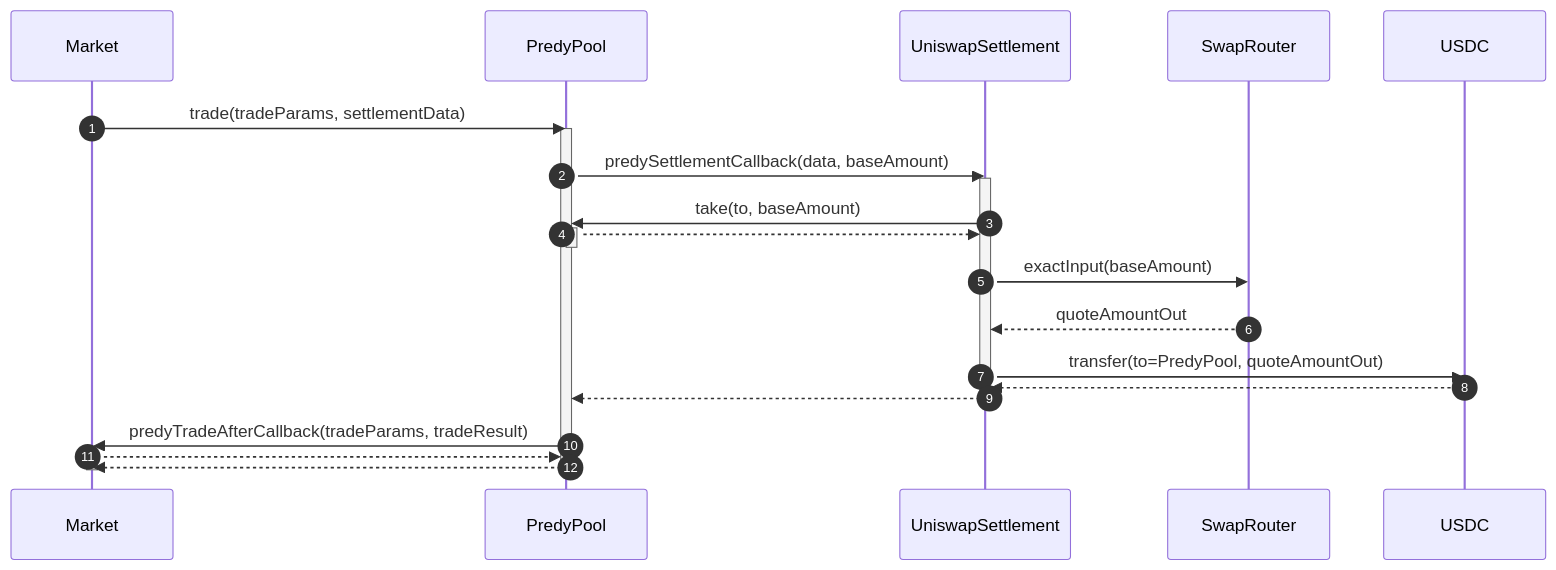
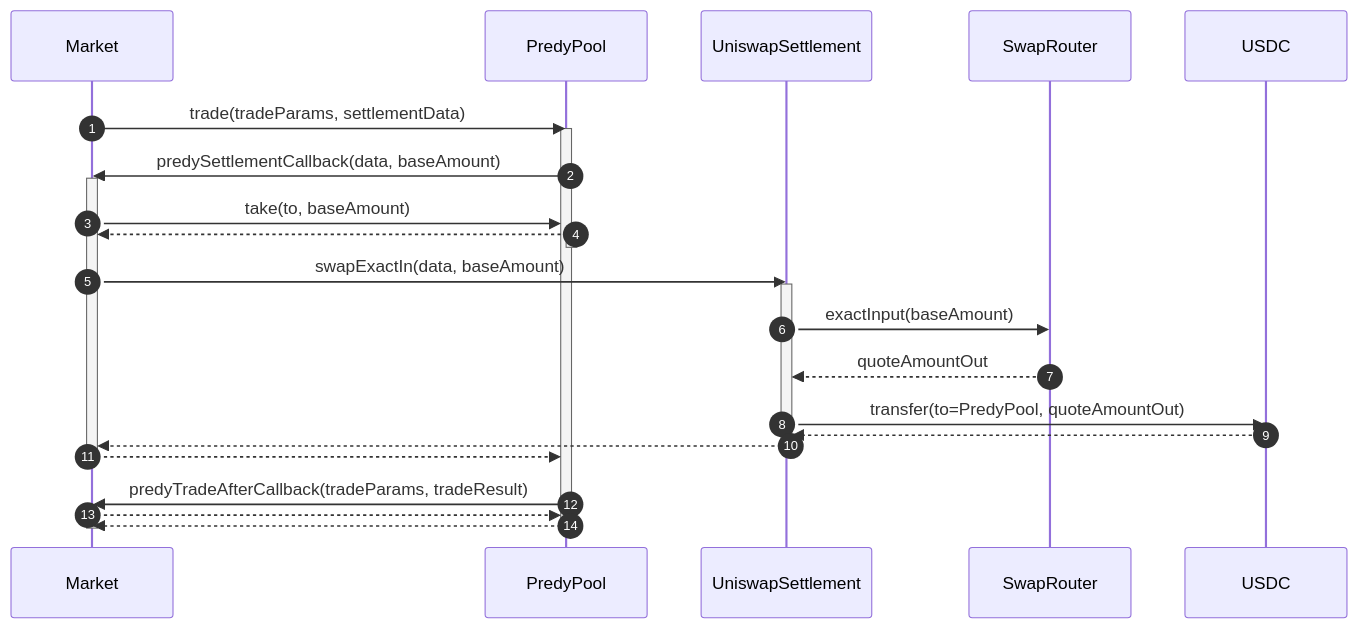
One commit to predyprotocol/predyx changed the first of 3 diagrams in README.md. Above: the diagram before and after it, drawn with Mermaid. The commit also changed other lines of this file and 65 other files, not shown here.

````diff
--- a/README.md
+++ b/README.md
@@ -33,24 +33,28 @@
 ```mermaid
 sequenceDiagram
 autonumber
   Market->>PredyPool: trade(tradeParams, settlementData)
   activate PredyPool
-  PredyPool->>UniswapSettlement: predySettlementCallback(data, baseAmount)
+  PredyPool->>Market: predySettlementCallback(data, baseAmount)
+  activate Market
+  Market->>PredyPool: take(to, baseAmount)
+  activate PredyPool
+  PredyPool-->>Market: 
+  deactivate PredyPool
+  Market->>UniswapSettlement: swapExactIn(data, baseAmount)
   activate UniswapSettlement
-  UniswapSettlement->>PredyPool: take(to, baseAmount)
-  activate PredyPool
-  PredyPool-->>UniswapSettlement: 
-  deactivate PredyPool
   UniswapSettlement ->> SwapRouter: exactInput(baseAmount)
   SwapRouter -->> UniswapSettlement: quoteAmountOut
   UniswapSettlement ->> USDC: transfer(to=PredyPool, quoteAmountOut)
   USDC -->> UniswapSettlement: 
-  UniswapSettlement-->>PredyPool: 
+  UniswapSettlement-->>Market: 
   deactivate UniswapSettlement
+  Market -->> PredyPool: 
+  deactivate Market
   PredyPool->>Market: predyTradeAfterCallback(tradeParams, tradeResult)
   activate Market
   Market-->>PredyPool: 
   deactivate Market
   PredyPool-->>Market: 
   deactivate PredyPool
 ```
````
